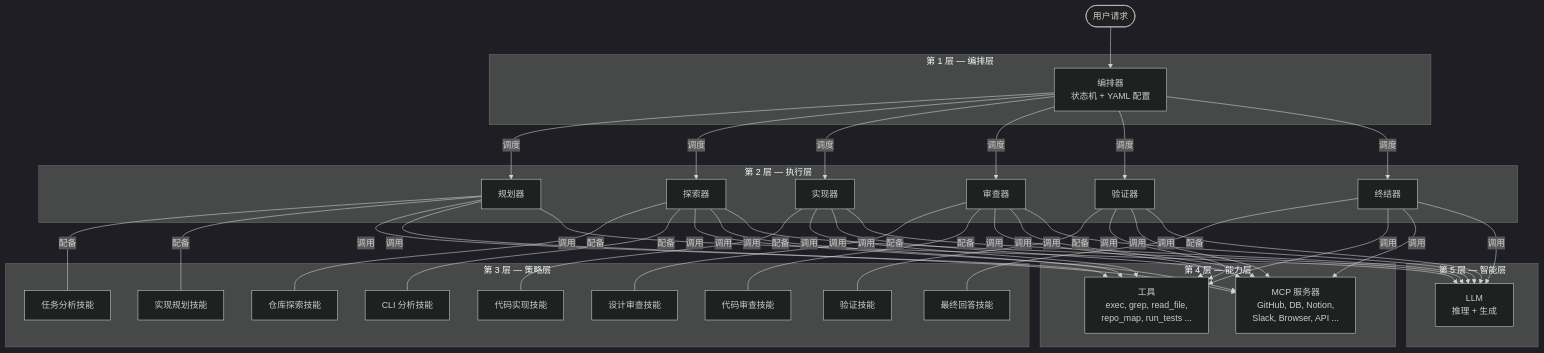
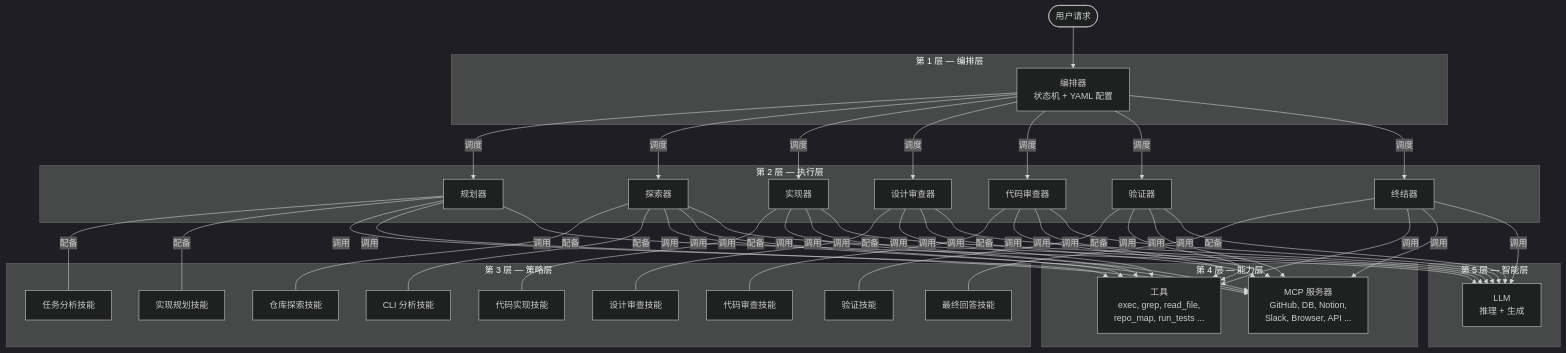
One commit to hanchaoqun/codrax changed the first of 8 diagrams in docs/architecture.md. Above: the diagram before and after it, drawn with Mermaid (dark theme). The commit also changed other lines of this file and 1 other file, not shown here.

````diff
--- a/docs/architecture.md
+++ b/docs/architecture.md
@@ -40,49 +40,51 @@
 ```mermaid
 graph TB
     User([用户请求])
 
     subgraph "第 1 层 — 编排层"
         Orch[编排器<br/>状态机 + YAML 配置]
     end
 
     subgraph "第 2 层 — 执行层"
         A1[规划器]
         A2[探索器]
         A3[实现器]
-        A4[审查器]
-        A5[验证器]
-        A6[终结器]
+        A4[设计审查器]
+        A5[代码审查器]
+        A6[验证器]
+        A7[终结器]
     end
 
     subgraph "第 3 层 — 策略层"
         S1[任务分析技能]
         S2[仓库探索技能]
         S3[CLI 分析技能]
         S4[实现规划技能]
         S5[代码实现技能]
         S6[设计审查技能]
         S7[代码审查技能]
         S8[验证技能]
         S9[最终回答技能]
     end
 
     subgraph "第 4 层 — 能力层"
         T[工具<br/>exec, grep, read_file,<br/>repo_map, run_tests ...]
         M[MCP 服务器<br/>GitHub, DB, Notion,<br/>Slack, Browser, API ...]
     end
 
     subgraph "第 5 层 — 智能层"
         LLM[LLM<br/>推理 + 生成]
     end
 
     User --> Orch
-    Orch -->|调度| A1 & A2 & A3 & A4 & A5 & A6
+    Orch -->|调度| A1 & A2 & A3 & A4 & A5 & A6 & A7
     A1 ---|配备| S1 & S4
     A2 ---|配备| S2 & S3
     A3 ---|配备| S5
-    A4 ---|配备| S6 & S7
-    A5 ---|配备| S8
-    A6 ---|配备| S9
-    A1 & A2 & A3 & A4 & A5 & A6 -->|调用| T & M
-    A1 & A2 & A3 & A4 & A5 & A6 -->|调用| LLM
+    A4 ---|配备| S6
+    A5 ---|配备| S7
+    A6 ---|配备| S8
+    A7 ---|配备| S9
+    A1 & A2 & A3 & A4 & A5 & A6 & A7 -->|调用| T & M
+    A1 & A2 & A3 & A4 & A5 & A6 & A7 -->|调用| LLM
 ```
````
